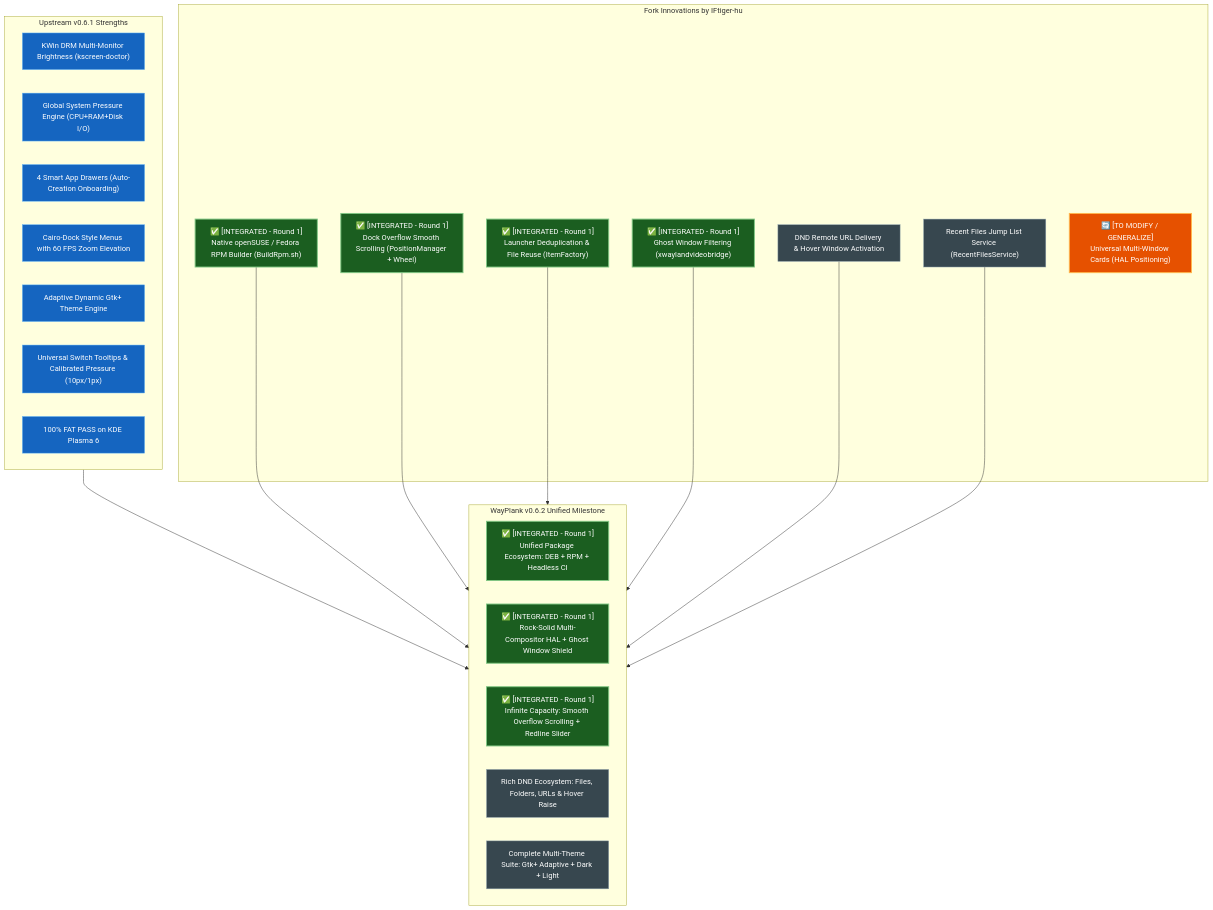
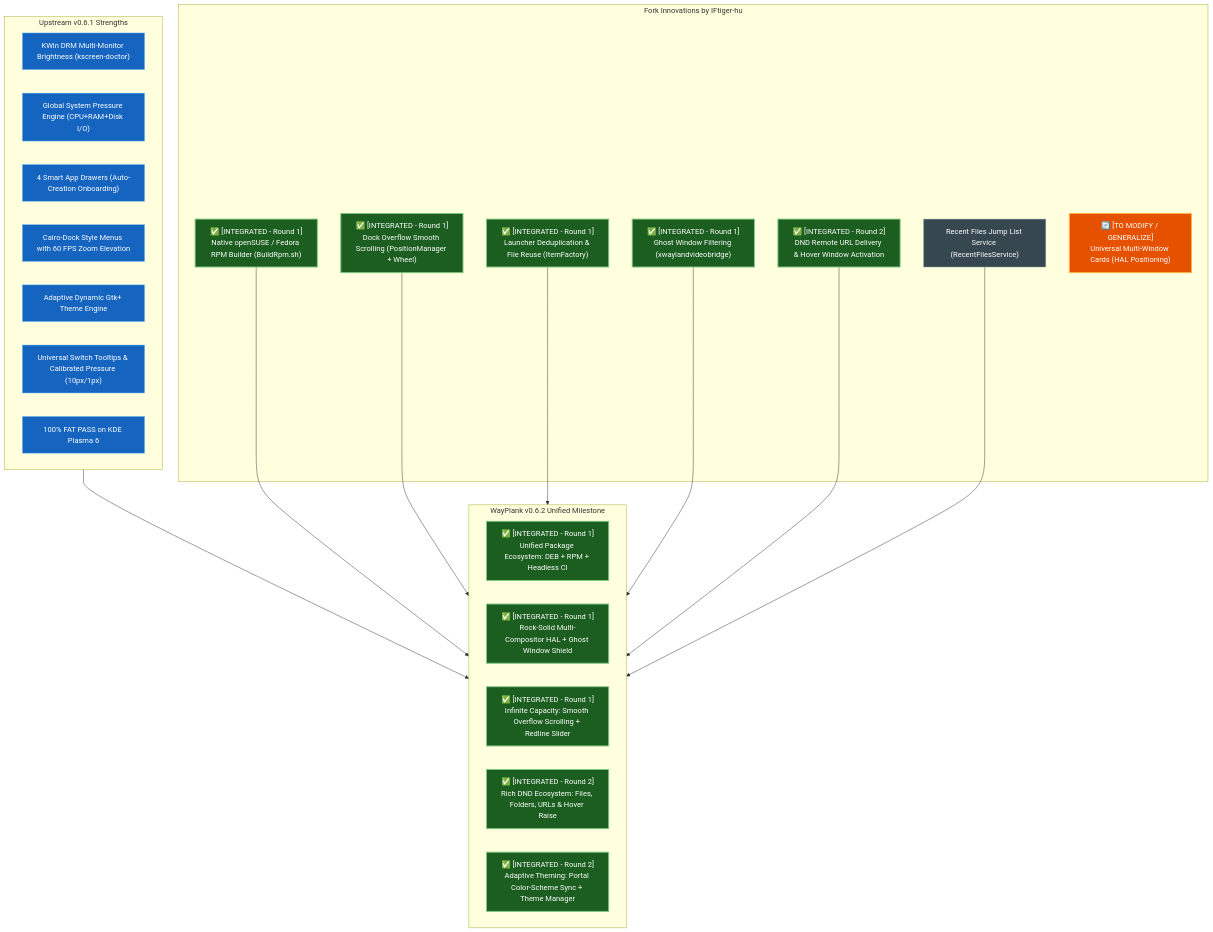
Before and after one commit to IFtiger-hu-hub/WayPlank: the diagram in Documentation/WAYPLANK_V062_FORK_INTEGRATION_ROADMAP.md, drawn with Mermaid. The commit also changed other lines of this file and 8 other files, not shown here.

````diff
--- a/Documentation/WAYPLANK_V062_FORK_INTEGRATION_ROADMAP.md
+++ b/Documentation/WAYPLANK_V062_FORK_INTEGRATION_ROADMAP.md
@@ -53,44 +53,44 @@
 ```mermaid
 flowchart TD
     classDef integrated fill:#1b5e20,stroke:#81c784,stroke-width:2px,color:#ffffff;
     classDef upstream fill:#1565c0,stroke:#64b5f6,stroke-width:1px,color:#ffffff;
     classDef pending fill:#37474f,stroke:#90a4ae,stroke-width:1px,color:#ffffff;
     classDef modify fill:#e65100,stroke:#ffb74d,stroke-width:2px,color:#ffffff;
     classDef rejected fill:#b71c1c,stroke:#ef5350,stroke-width:2px,color:#ffffff;
 
     subgraph Upstream_v061["Upstream v0.6.1 Strengths"]
         U1["KWin DRM Multi-Monitor Brightness (kscreen-doctor)"]:::upstream
         U2["Global System Pressure Engine (CPU+RAM+Disk I/O)"]:::upstream
         U3["4 Smart App Drawers (Auto-Creation Onboarding)"]:::upstream
         U4["Cairo-Dock Style Menus with 60 FPS Zoom Elevation"]:::upstream
         U5["Adaptive Dynamic Gtk+ Theme Engine"]:::upstream
         U6["Universal Switch Tooltips & Calibrated Pressure (10px/1px)"]:::upstream
         U7["100% FAT PASS on KDE Plasma 6"]:::upstream
     end
 
     subgraph Fork_Features["Fork Innovations by IFtiger-hu"]
         F1["✅ [INTEGRATED - Round 1]<br/>Native openSUSE / Fedora RPM Builder (BuildRpm.sh)"]:::integrated
         F2["✅ [INTEGRATED - Round 1]<br/>Dock Overflow Smooth Scrolling (PositionManager + Wheel)"]:::integrated
         F3["✅ [INTEGRATED - Round 1]<br/>Launcher Deduplication & File Reuse (ItemFactory)"]:::integrated
         F4["✅ [INTEGRATED - Round 1]<br/>Ghost Window Filtering (xwaylandvideobridge)"]:::integrated
-        F5["DND Remote URL Delivery & Hover Window Activation"]:::pending
+        F5["✅ [INTEGRATED - Round 2]<br/>DND Remote URL Delivery & Hover Window Activation"]:::integrated
         F6["Recent Files Jump List Service (RecentFilesService)"]:::pending
         F7["🔄 [TO MODIFY / GENERALIZE]<br/>Universal Multi-Window Cards (HAL Positioning)"]:::modify
     end
 
     subgraph Unified_v062["WayPlank v0.6.2 Unified Milestone"]
         M1["✅ [INTEGRATED - Round 1]<br/>Unified Package Ecosystem: DEB + RPM + Headless CI"]:::integrated
         M2["✅ [INTEGRATED - Round 1]<br/>Rock-Solid Multi-Compositor HAL + Ghost Window Shield"]:::integrated
         M3["✅ [INTEGRATED - Round 1]<br/>Infinite Capacity: Smooth Overflow Scrolling + Redline Slider"]:::integrated
-        M4["Rich DND Ecosystem: Files, Folders, URLs & Hover Raise"]:::pending
-        M5["Complete Multi-Theme Suite: Gtk+ Adaptive + Dark + Light"]:::pending
+        M4["✅ [INTEGRATED - Round 2]<br/>Rich DND Ecosystem: Files, Folders, URLs & Hover Raise"]:::integrated
+        M5["✅ [INTEGRATED - Round 2]<br/>Adaptive Theming: Portal Color-Scheme Sync + Theme Manager"]:::integrated
     end
 
     Upstream_v061 --> Unified_v062
     F1 --> Unified_v062
     F2 --> Unified_v062
     F3 --> Unified_v062
     F4 --> Unified_v062
     F5 --> Unified_v062
     F6 --> Unified_v062
 ```
````
